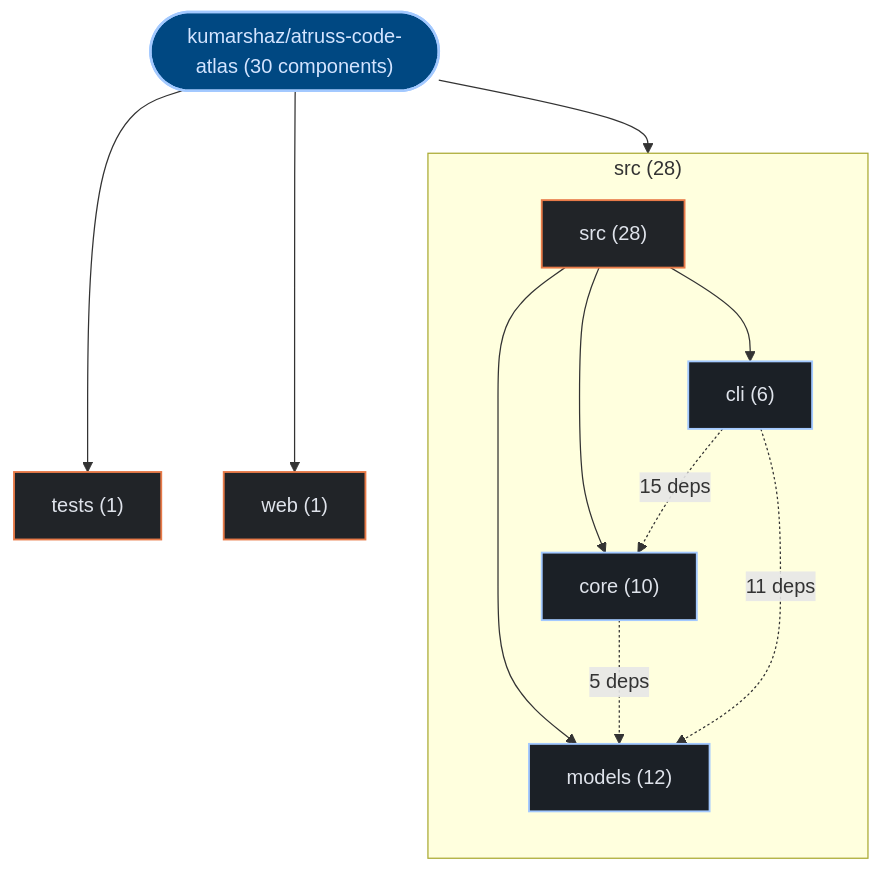
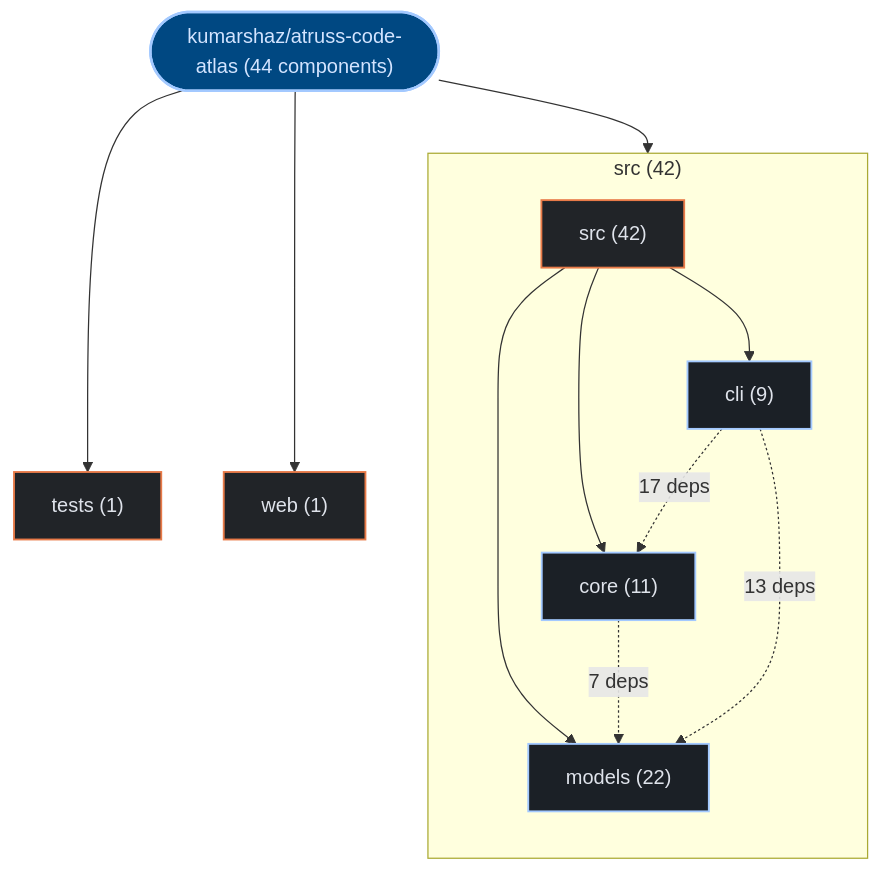
The first of 3 diagrams in exports/latest/reports/kumarshaz-atruss-code-atlas-report.md (kumarshaz/atruss-code-atlas), drawn with Mermaid before and after one commit. The commit also changed other lines of this file and 1613 other files, not shown here.

````diff
--- a/exports/latest/reports/kumarshaz-atruss-code-atlas-report.md
+++ b/exports/latest/reports/kumarshaz-atruss-code-atlas-report.md
@@ -42,29 +42,30 @@
 ```mermaid
 graph TD;
+    %% title: Building Block View — kumarshaz/atruss-code-atlas
   classDef atlasRoot fill:#004882,stroke:#a3c9ff,stroke-width:2px,color:#d3e4ff
   classDef atlasCategory fill:#212428,stroke:#E87A48,stroke-width:1.5px,color:#dfe3eb
   classDef atlasWorkflow fill:#1b2026,stroke:#a3c9ff,stroke-width:1.5px,color:#dfe3eb
   classDef atlasJob fill:#171c22,stroke:#8d9199,stroke-width:1px,color:#dfe3eb
   classDef atlasTarget fill:#005227,stroke:#8bd99b,stroke-width:1.5px,color:#a7f6b6
   classDef atlasAlert fill:#93000a,stroke:#ffb4ab,stroke-width:1.5px,color:#ffdad6
   classDef atlasMore fill:#252a31,stroke:#8d9199,stroke-dasharray:4 4,color:#c3c6cf
-    repo_root(["kumarshaz/atruss-code-atlas (30 components)"]):::atlasRoot
-    subgraph sg_dir_0_src["src (28)"]
+    repo_root(["kumarshaz/atruss-code-atlas (44 components)"]):::atlasRoot
+    subgraph sg_dir_0_src["src (42)"]
       direction TB
-      dir_0_src["src (28)"]:::atlasCategory
-      sub_0_0_models["models (12)"]:::atlasWorkflow
+      dir_0_src["src (42)"]:::atlasCategory
+      sub_0_0_models["models (22)"]:::atlasWorkflow
       dir_0_src --> sub_0_0_models
-      sub_0_1_core["core (10)"]:::atlasWorkflow
+      sub_0_1_core["core (11)"]:::atlasWorkflow
       dir_0_src --> sub_0_1_core
-      sub_0_2_cli["cli (6)"]:::atlasWorkflow
+      sub_0_2_cli["cli (9)"]:::atlasWorkflow
       dir_0_src --> sub_0_2_cli
     end
     repo_root --> dir_0_src
     dir_1_tests["tests (1)"]:::atlasCategory
     repo_root --> dir_1_tests
     dir_2_web["web (1)"]:::atlasCategory
     repo_root --> dir_2_web
-    sub_0_2_cli -.->|"15 deps"| sub_0_1_core
-    sub_0_2_cli -.->|"11 deps"| sub_0_0_models
-    sub_0_1_core -.->|"5 deps"| sub_0_0_models
+    sub_0_2_cli -.->|"17 deps"| sub_0_1_core
+    sub_0_2_cli -.->|"13 deps"| sub_0_0_models
+    sub_0_1_core -.->|"7 deps"| sub_0_0_models
 ```
````
